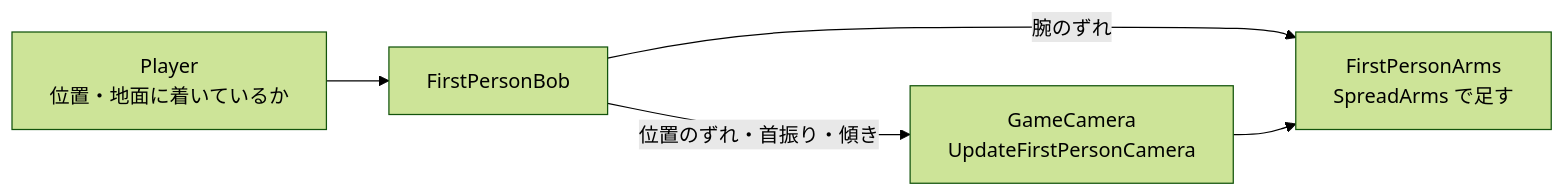
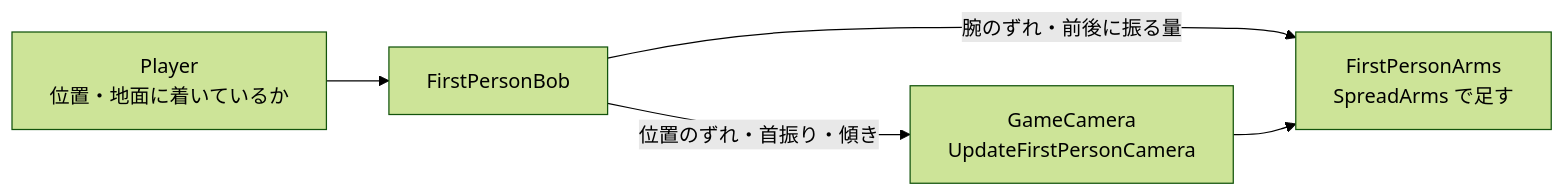
One commit to hirota-ryuki/Action changed the diagram in Action/docs/ゲーム/プレイヤー/一人称の揺れ/一人称の揺れの設計.md. Above: the diagram before and after it, drawn with Mermaid (forest theme). The commit also changed other lines of this file and 4 other files, not shown here.

Commit message:
<FirstPersonCamera,docs>一人称の揺れの設計・経緯・手順を、腕を交互に振る形と新しい手順書の決まりに合わせて直す

````diff
--- a/Action/docs/ゲーム/プレイヤー/一人称の揺れ/一人称の揺れの設計.md
+++ b/Action/docs/ゲーム/プレイヤー/一人称の揺れ/一人称の揺れの設計.md
@@ -18,7 +18,7 @@
 ```mermaid
 flowchart LR
     P["Player<br/>位置・地面に着いているか"] --> B[FirstPersonBob]
     B -->|"位置のずれ・首振り・傾き"| GC["GameCamera<br/>UpdateFirstPersonCamera"]
-    B -->|"腕のずれ"| FA["FirstPersonArms<br/>SpreadArms で足す"]
+    B -->|"腕のずれ・前後に振る量"| FA["FirstPersonArms<br/>SpreadArms で足す"]
     GC --> FA
 ```
````
